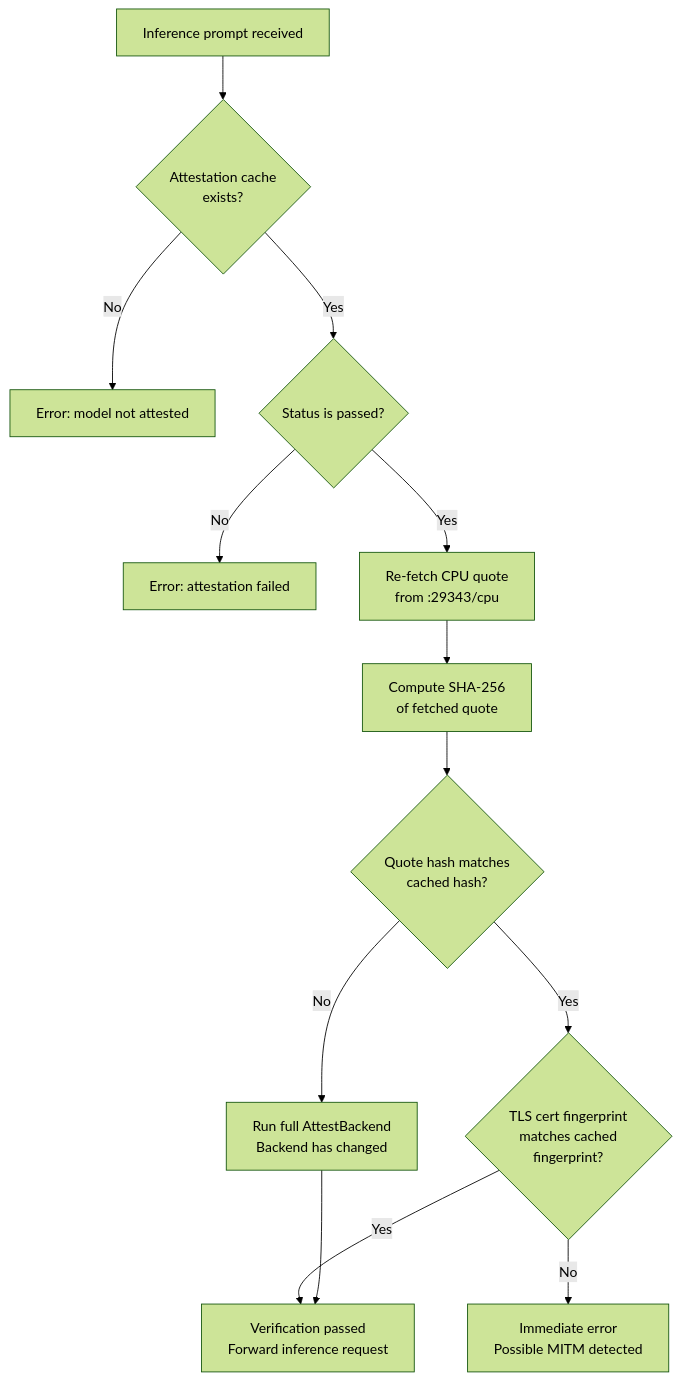
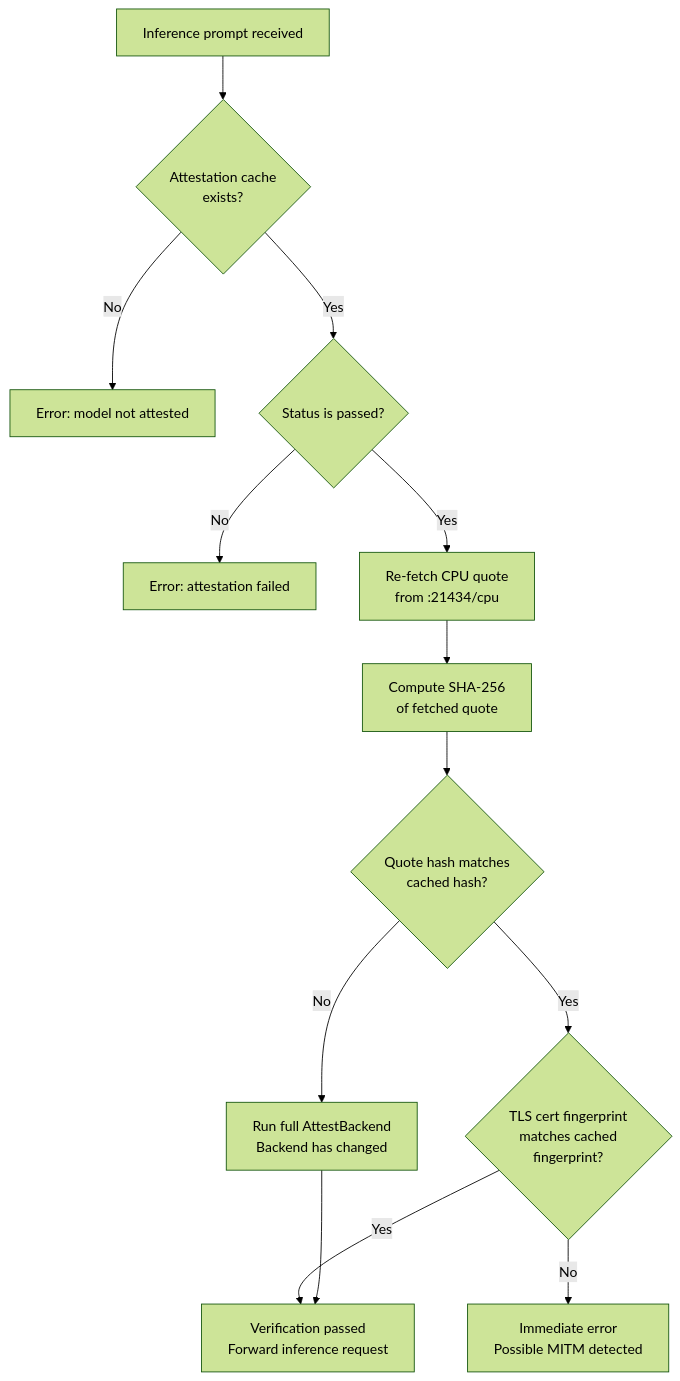
One commit to cowboycoderhq/Morpheus-Lumerin-Node changed the third of 3 diagrams in proxy-router/docs/tee-backend-verification.md. Above: the diagram before and after it, drawn with Mermaid (forest theme). The commit also changed other lines of this file and 7 other files, not shown here.

````diff
--- a/proxy-router/docs/tee-backend-verification.md
+++ b/proxy-router/docs/tee-backend-verification.md
@@ -166,15 +166,15 @@
 ```mermaid
 flowchart TD
     START[Inference prompt received] --> CACHE{Attestation cache<br/>exists?}
     CACHE -- No --> REJECT[Error: model not attested]
     CACHE -- Yes --> STATUS{Status is passed?}
     STATUS -- No --> REJECT2[Error: attestation failed]
-    STATUS -- Yes --> FETCH[Re-fetch CPU quote<br/>from :29343/cpu]
+    STATUS -- Yes --> FETCH[Re-fetch CPU quote<br/>from :21434/cpu]
     FETCH --> HASH[Compute SHA-256<br/>of fetched quote]
     HASH --> CMP_HASH{Quote hash matches<br/>cached hash?}
     CMP_HASH -- No --> FULL[Run full AttestBackend<br/>Backend has changed]
     CMP_HASH -- Yes --> CMP_TLS{TLS cert fingerprint<br/>matches cached<br/>fingerprint?}
     CMP_TLS -- No --> ERR[Immediate error<br/>Possible MITM detected]
     CMP_TLS -- Yes --> PASS[Verification passed<br/>Forward inference request]
     FULL --> PASS
 ```
````
